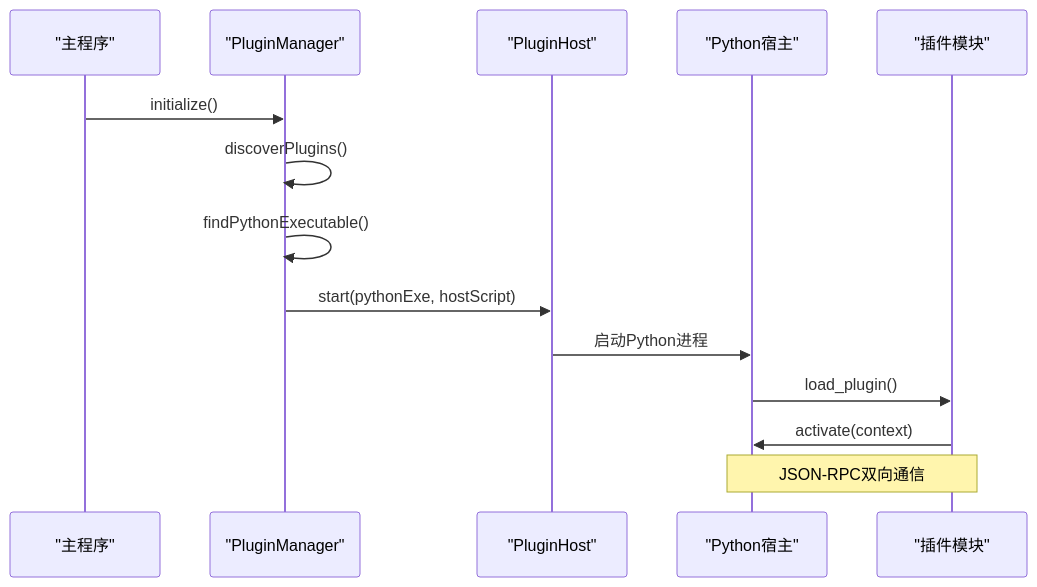
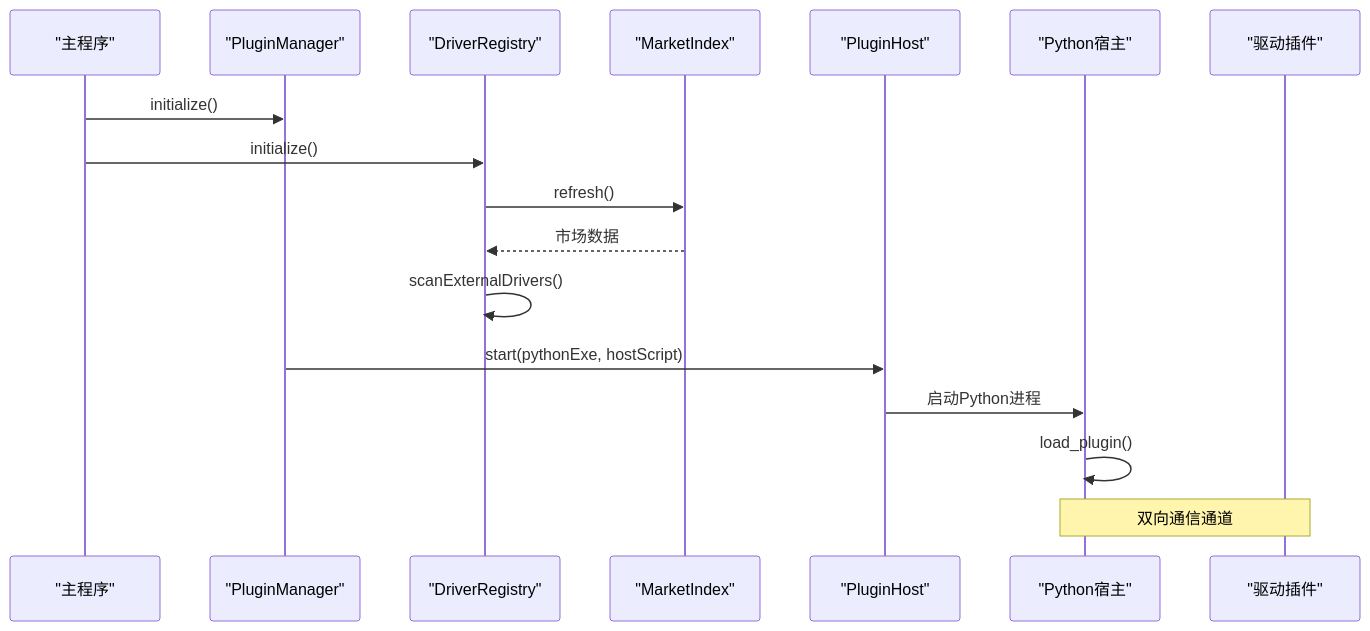
The second of 3 diagrams in .qoder/repowiki/zh/content/架构设计/插件系统架构/插件系统架构.md (jakecai1225-design/OpenBus), drawn with Mermaid before and after one commit. The commit also changed other lines of this file and 40 other files, not shown here.

````diff
--- a/.qoder/repowiki/zh/content/架构设计/插件系统架构/插件系统架构.md
+++ b/.qoder/repowiki/zh/content/架构设计/插件系统架构/插件系统架构.md
@@ -109,16 +112,19 @@
 ```mermaid
 sequenceDiagram
 participant App as "主程序"
 participant PM as "PluginManager"
+participant DR as "DriverRegistry"
+participant MI as "MarketIndex"
 participant PH as "PluginHost"
 participant SH as "Python宿主"
-participant P as "插件模块"
+participant D as "驱动插件"
 App->>PM : initialize()
-PM->>PM : discoverPlugins()
-PM->>PM : findPythonExecutable()
+App->>DR : initialize()
+DR->>MI : refresh()
+MI-->>DR : 市场数据
+DR->>DR : scanExternalDrivers()
 PM->>PH : start(pythonExe, hostScript)
 PH->>SH : 启动Python进程
-SH->>P : load_plugin()
-P->>SH : activate(context)
-Note over SH,P : JSON-RPC双向通信
+SH->>SH : load_plugin()
+Note over SH,D : 双向通信通道
 ```
````
